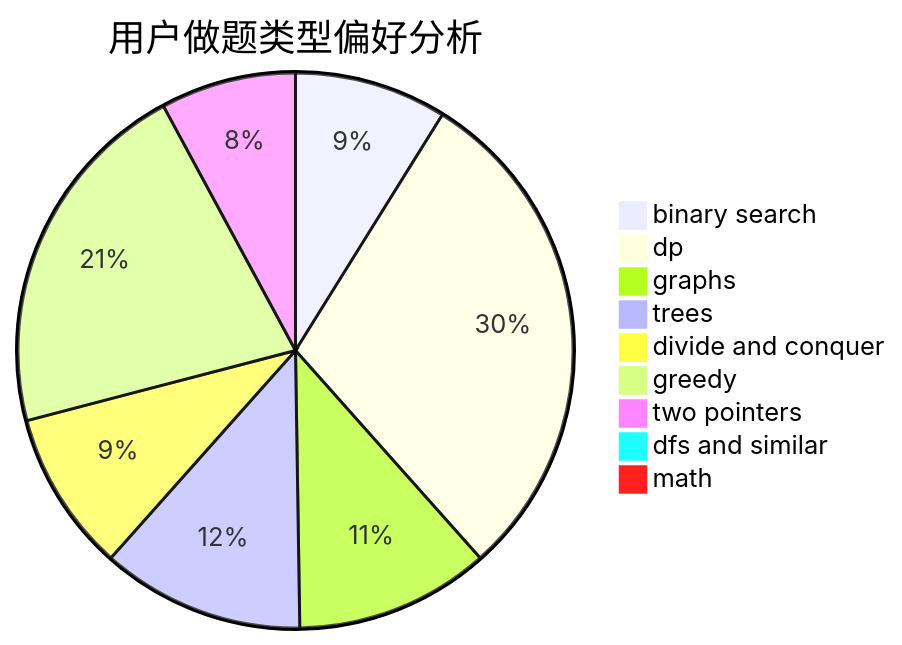
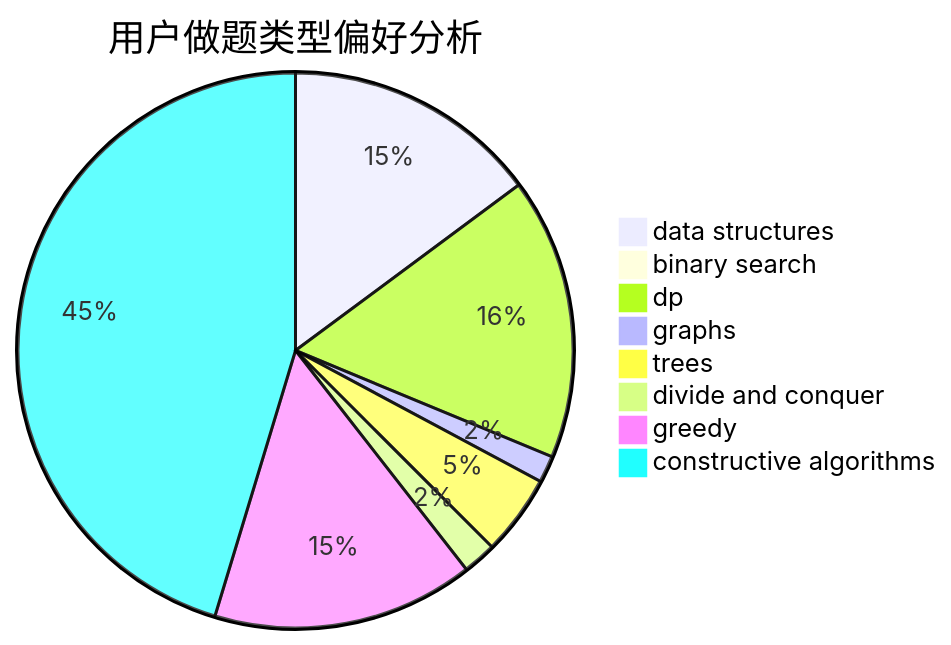
One commit to sherpahu/cfrs.github.io changed the second of 3 diagrams in docs/user/u1086.md. Above: the diagram before and after it, drawn with Mermaid. The commit also changed other lines of this file and 2775 other files, not shown here.

````diff
--- a/docs/user/u1086.md
+++ b/docs/user/u1086.md
@@ -23,12 +23,11 @@
 ```mermaid
 pie title 用户做题类型偏好分析
-    "binary search" :  18
-    "dp" :  60
-    "graphs" :  23
-    "trees" :  24
-    "divide and conquer" :  19
-    "greedy" :  43
-    "two pointers" :  16
-    "dfs and similar" :  0
-    "math" :  0
+    "data structures" :  38
+    "binary search" :  0
+    "dp" :  42
+    "graphs" :  4
+    "trees" :  12
+    "divide and conquer" :  5
+    "greedy" :  39
+    "constructive algorithms" :  116
 ```
````
